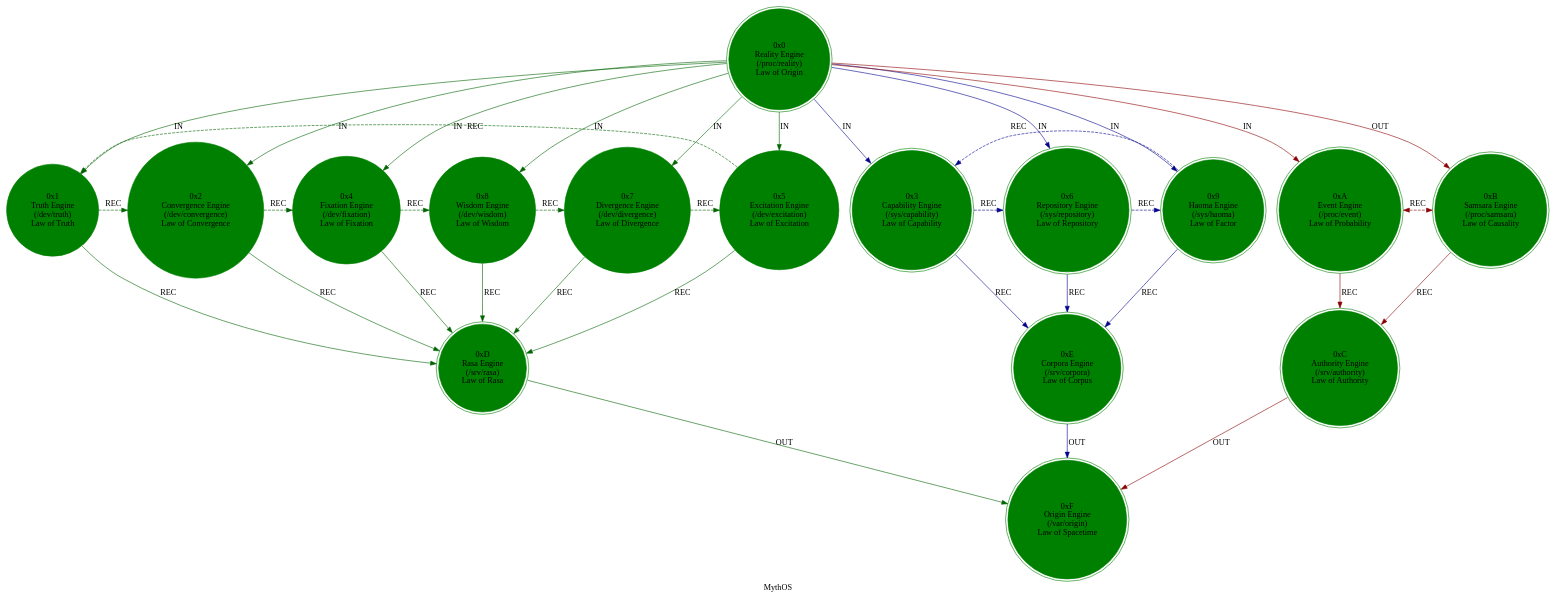
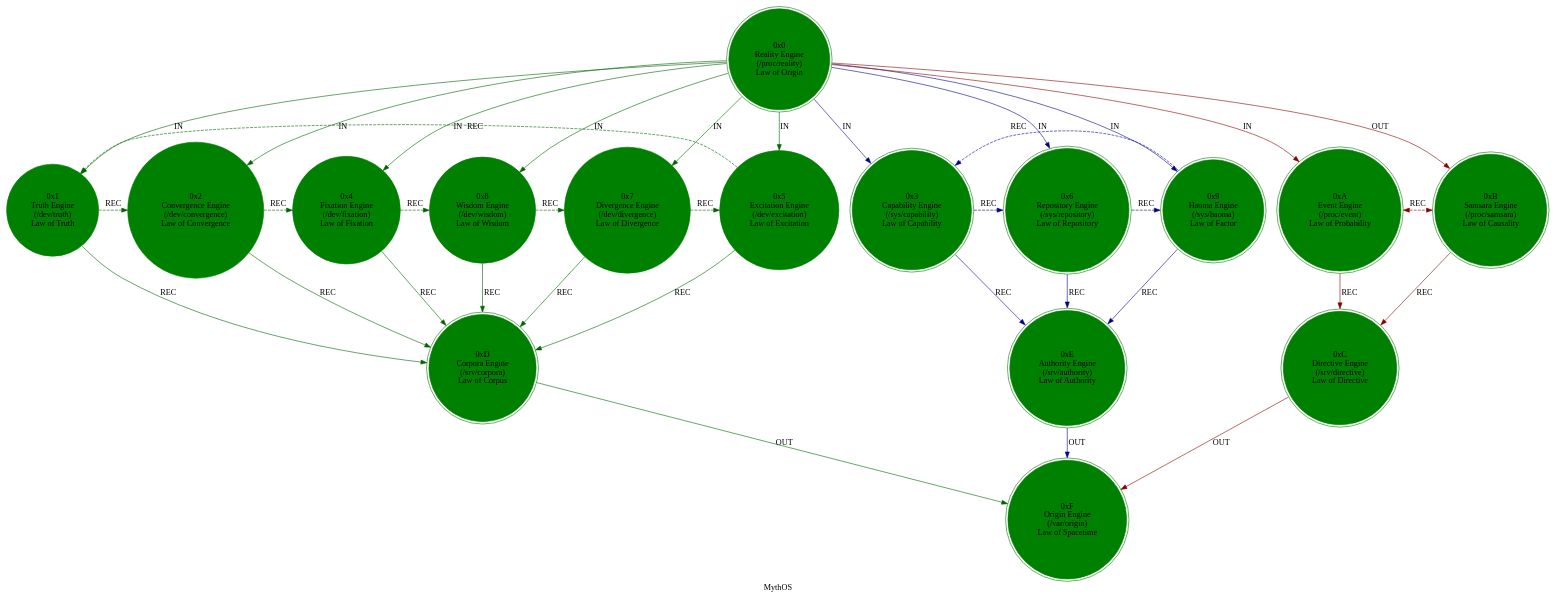
The diagram in src/core/mythos.dot (cilang/mythos), drawn with Graphviz before and after one commit.

Commit message:
refactor

```diff
--- a/src/core/mythos.dot
+++ b/src/core/mythos.dot
@@ -1,44 +1,44 @@
 strict digraph MythOS {
     label = "MythOS";
     style = filled;
     color = grey90;
     node [shape = circle; style = filled; color = green;];
     edge [color = darkgray;];
     
     spark_0_mythos_t [label = "0x0\nReality Engine\n(/proc/reality)\nLaw of Origin";shape = doublecircle;comment = "The Kernel";];
     spark_1_mythos_t [label = "0x1\nTruth Engine\n(/dev/truth)\nLaw of Truth";comment = "Axiomatic Verification";];
     spark_2_mythos_t [label = "0x2\nConvergence Engine\n(/dev/convergence)\nLaw of Convergence";comment = "Unification Management";];
     spark_4_mythos_t [label = "0x4\nFixation Engine\n(/dev/fixation)\nLaw of Fixation";comment = "Rhythm Management";];
     spark_8_mythos_t [label = "0x8\nWisdom Engine\n(/dev/wisdom)\nLaw of Wisdom";comment = "Adaptive Verification";];
     spark_7_mythos_t [label = "0x7\nDivergence Engine\n(/dev/divergence)\nLaw of Divergence";comment = "Diversity Management";];
     spark_5_mythos_t [label = "0x5\nExcitation Engine\n(/dev/excitation)\nLaw of Excitation";comment = "Pattern Management";];
     spark_3_mythos_t [label = "0x3\nCapability Engine\n(/sys/capability)\nLaw of Capability";shape = doublecircle;comment = "Capability System";];
     spark_6_mythos_t [label = "0x6\nRepository Engine\n(/sys/repository)\nLaw of Repository";shape = doublecircle;comment = "Storage System";];
     spark_9_mythos_t [label = "0x9\nHaoma Engine\n(/sys/haoma)\nLaw of Factor";shape = doublecircle;comment = "Entity Recursion Descriptor Engine";];
     spark_a_mythos_t [label = "0xA\nEvent Engine\n(/proc/event)\nLaw of Probability";shape = doublecircle;comment = "Probability Field";];
     spark_b_mythos_t [label = "0xB\nSamsara Engine\n(/proc/samsara)\nLaw of Causality";shape = doublecircle;comment = "Causality Enforcement";];
-    spark_c_mythos_t [label = "0xC\nAuthority Engine\n(/srv/authority)\nLaw of Authority";shape = doublecircle;comment = "Entity Access Control";];
-    spark_d_mythos_t [label = "0xD\nRasa Engine\n(/srv/rasa)\nLaw of Rasa";shape = doublecircle;comment = "Emergent Threshold";];
-    spark_e_mythos_t [label = "0xE\nCorpora Engine\n(/srv/corpora)\nLaw of Corpus";shape = doublecircle;comment = "Entity Manifestation Engine";];
+    spark_c_mythos_t [label = "0xC\nDirective Engine\n(/srv/directive)\nLaw of Directive";shape = doublecircle;comment = "";];
+    spark_d_mythos_t [label = "0xD\nCorpora Engine\n(/srv/corpora)\nLaw of Corpus";shape = doublecircle;comment = "Entity Manifestation Engine";];
+    spark_e_mythos_t [label = "0xE\nAuthority Engine\n(/srv/authority)\nLaw of Authority";shape = doublecircle;comment = "Entity Access Control";];
     spark_f_mythos_t [label = "0xF\nOrigin Engine\n(/var/origin)\nLaw of Spacetime";shape = doublecircle;comment = "";];
     
     // IN = Input
     // OUT = Output
     // REC = Recursion
     spark_0_mythos_t -> spark_a_mythos_t [label = "IN"; color = darkred; comment = "";];
     spark_0_mythos_t -> spark_b_mythos_t [label = "OUT"; color = darkred; comment = "";];
     spark_0_mythos_t -> {spark_3_mythos_t spark_6_mythos_t spark_9_mythos_t} [label = "IN"; color = darkblue; comment = "";];
     spark_0_mythos_t -> {spark_1_mythos_t spark_2_mythos_t spark_4_mythos_t spark_5_mythos_t spark_7_mythos_t spark_8_mythos_t} [label = "IN"; color = darkgreen; comment = "";];
     
     {spark_a_mythos_t spark_b_mythos_t} -> spark_c_mythos_t [label = "REC"; color = darkred; comment = "";];
     {spark_3_mythos_t spark_6_mythos_t spark_9_mythos_t} -> spark_e_mythos_t [label = "REC"; color = darkblue; comment = "";];
     {spark_1_mythos_t spark_2_mythos_t spark_4_mythos_t spark_8_mythos_t spark_7_mythos_t spark_5_mythos_t} -> spark_d_mythos_t [label = "REC"; color = darkgreen; comment = "";];
     
     spark_a_mythos_t -> spark_b_mythos_t [label = "REC"; color = darkred; comment = ""; style = dashed; constraint = false; dir = both;];
     spark_3_mythos_t -> spark_6_mythos_t -> spark_9_mythos_t -> spark_3_mythos_t [label = "REC"; color = darkblue; comment = ""; style = dashed; constraint = false;];
     spark_1_mythos_t -> spark_2_mythos_t -> spark_4_mythos_t -> spark_8_mythos_t -> spark_7_mythos_t -> spark_5_mythos_t -> spark_1_mythos_t [label = "REC"; color = darkgreen; comment = ""; style = dashed; constraint = false;];
     
     spark_c_mythos_t -> spark_f_mythos_t [label = "OUT"; color = darkred; comment = "";];
     spark_d_mythos_t -> spark_f_mythos_t [label = "OUT"; color = darkgreen; comment = "";];
     spark_e_mythos_t -> spark_f_mythos_t [label = "OUT"; color = darkblue; comment = "";];
 }
```
